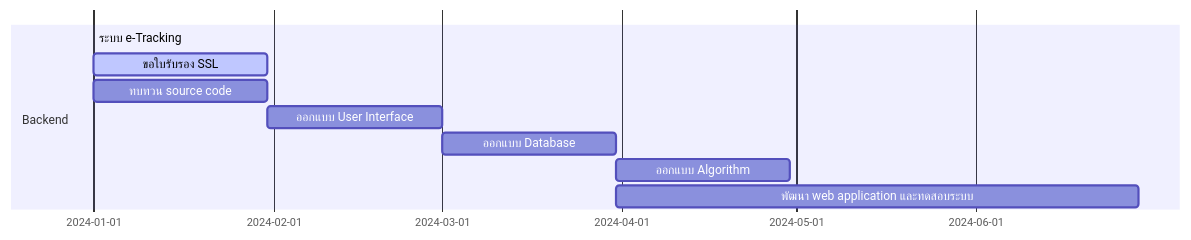
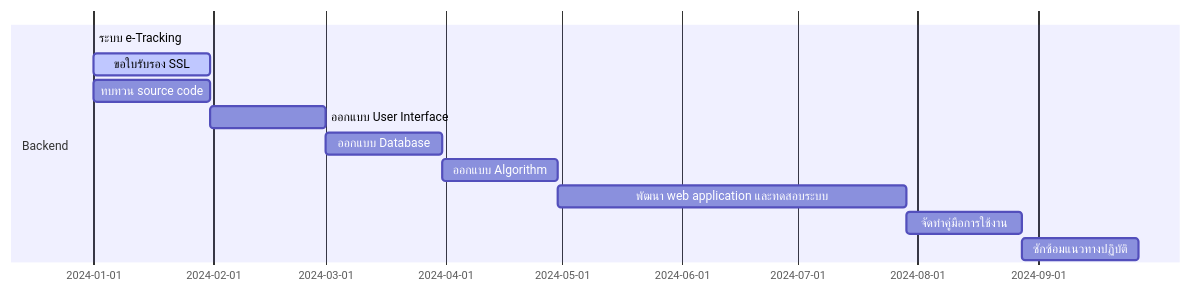
The diagram in README.md (Kietpawpan/e-tracking), drawn with Mermaid before and after one commit.

````diff
--- a/README.md
+++ b/README.md
@@ -6,12 +6,15 @@
 ```mermaid
 gantt
     section Backend
     ระบบ e-Tracking :done,    des1, 2024-01-01,2024-01-30
     ขอใบรับรอง SSL        :active, des2, after des1, 30d
     ทบทวน source code  :         des3, after des1, 30d
     ออกแบบ User Interface  :         des4, after des3, 30d
     ออกแบบ Database   :         des5, after des4, 30d
     ออกแบบ Algorithm   :         des6, after des5, 30d
-    พัฒนา web application และทดสอบระบบ   :         des6, after des5, 90d
+    พัฒนา web application และทดสอบระบบ   :         des7, after des6, 90d
+    จัดทำคู่มือการใช้งาน   :         des8, after des7, 30d
+    ซักซ้อมแนวทางปฏิบัติ   :         des9, after des8, 30d
+
 
 ```
````
